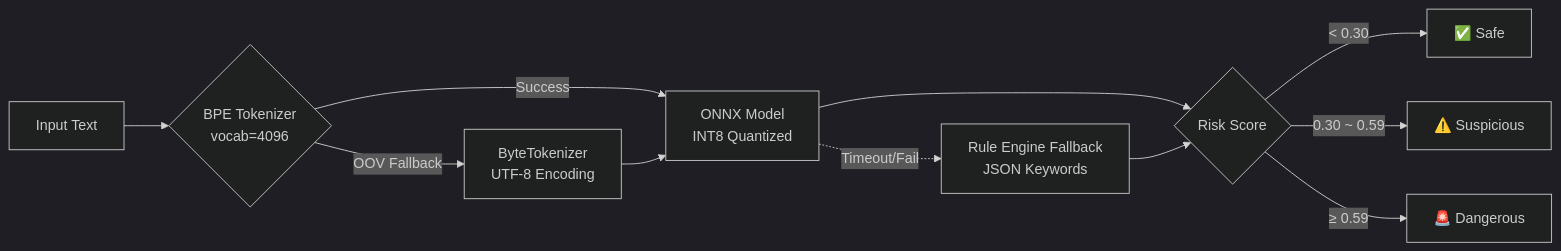
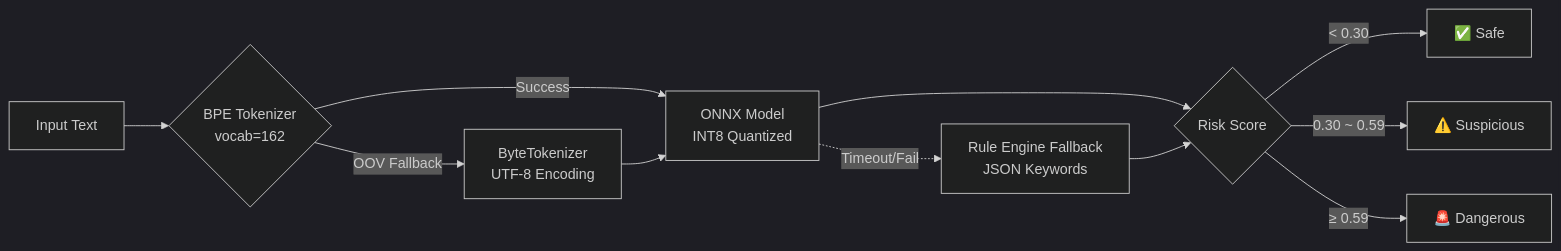
The second of 4 diagrams in README.md (Tianshang301/TianshangGuard), drawn with Mermaid (dark theme) before and after one commit. The commit also changed other lines of this file and 4 other files, not shown here.

First line of the commit message:
docs: align BPE vocab/test counts/permissions + add LICENSE and audit report

````diff
--- a/README.md
+++ b/README.md
@@ -156,13 +156,13 @@
 ```mermaid
 flowchart LR
-    A[Input Text] --> B{BPE Tokenizer<br/>vocab=4096}
+    A[Input Text] --> B{BPE Tokenizer<br/>vocab=162}
     B -->|Success| C[ONNX Model<br/>INT8 Quantized]
     B -->|OOV Fallback| D[ByteTokenizer<br/>UTF-8 Encoding]
     D --> C
     C --> E{Risk Score}
     E -->|< 0.30| F[✅ Safe]
     E -->|0.30 ~ 0.59| G[⚠️ Suspicious]
     E -->|≥ 0.59| H[🚨 Dangerous]
     C -.->|Timeout/Fail| I[Rule Engine Fallback<br/>JSON Keywords]
     I --> E
 ```
````
